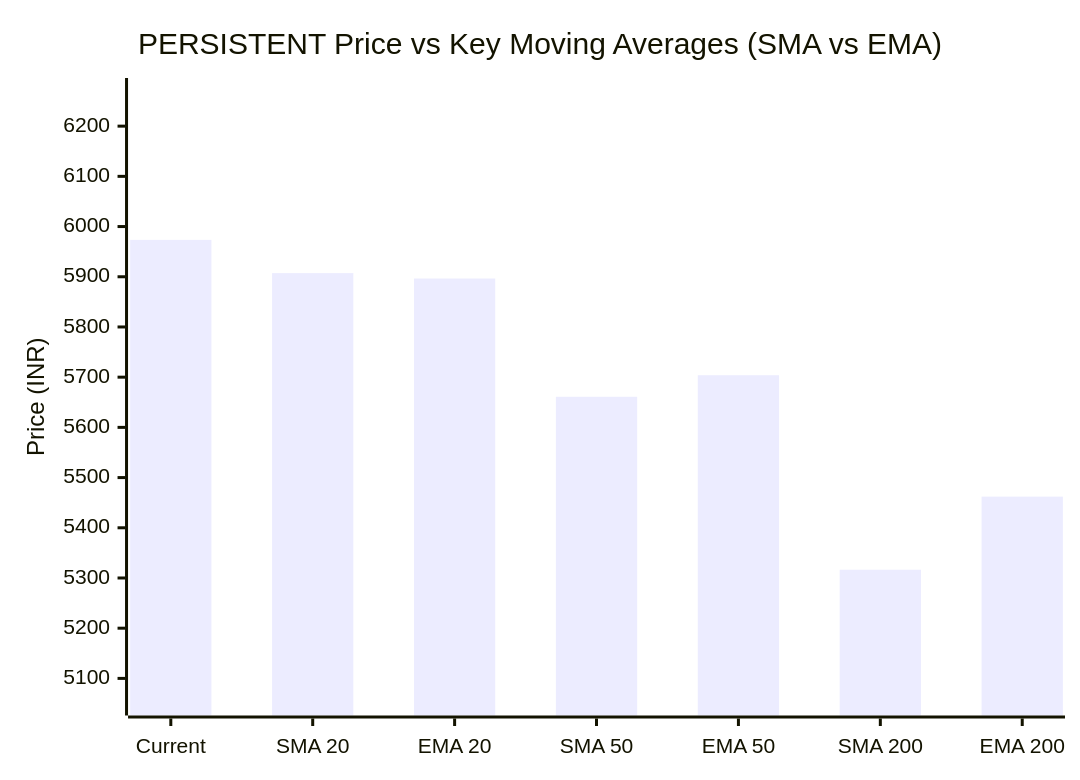
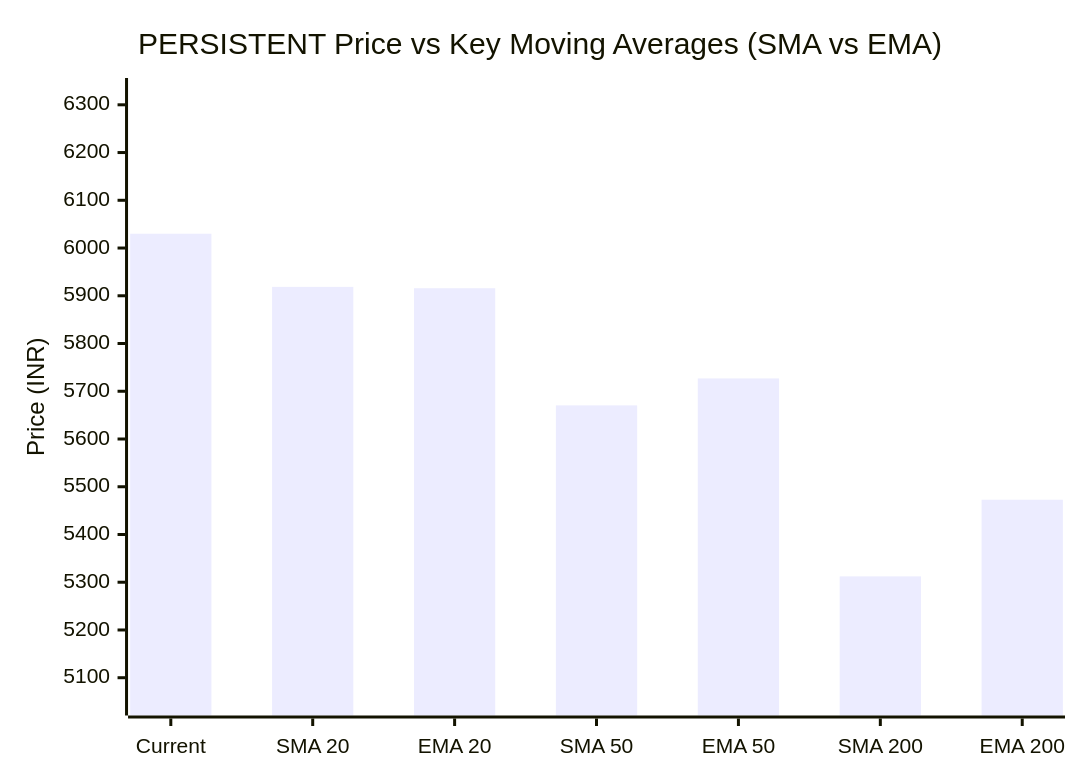
The third of 3 diagrams in market-intelligence/stocks/PERSISTENT/latest.md (purnareddy9/dev), drawn with Mermaid before and after one commit. The commit also changed other lines of this file and 4 other files, not shown here.

````diff
--- a/market-intelligence/stocks/PERSISTENT/latest.md
+++ b/market-intelligence/stocks/PERSISTENT/latest.md
@@ -104,7 +104,7 @@
 ```mermaid
 xychart-beta
     title "PERSISTENT Price vs Key Moving Averages (SMA vs EMA)"
     x-axis ["Current", "SMA 20", "EMA 20", "SMA 50", "EMA 50", "SMA 200", "EMA 200"]
-    y-axis "Price (INR)" 5050 --> 6272
-    bar [5973.5, 5907.25, 5896.45, 5660.92, 5703.9, 5316.46, 5462.1]
+    y-axis "Price (INR)" 5046 --> 6331
+    bar [6030.0, 5918.68, 5915.81, 5670.41, 5726.84, 5312.27, 5472.79]
 ```
````
